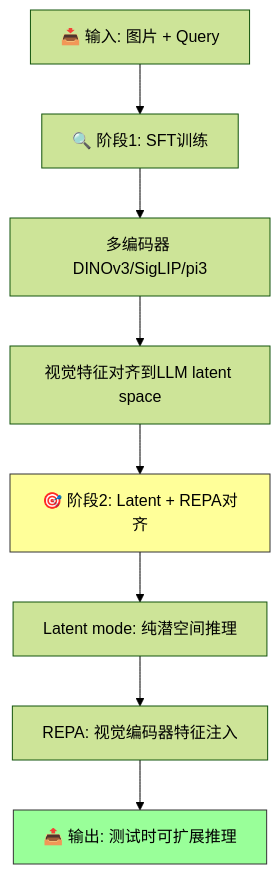
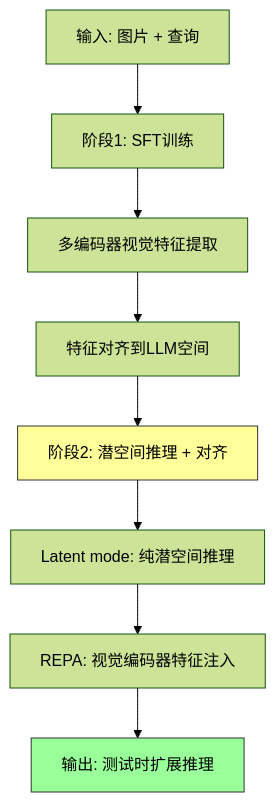
One commit to Haohaha-11/Paper-Reading-form-Eason changed the diagram in topics/VLM-Bottleneck-Analysis-and-Method-Design/grounding/[Arxiv 2026] Vision-aligned-Latent-Reasoning/README.md. Above: the diagram before and after it, drawn with Mermaid (forest theme). The commit also changed 5 other files, not shown here.

First line of the commit message:
fix: Mermaid 流程图文本精简，去除 LaTeX 公式

````diff
--- a/topics/VLM-Bottleneck-Analysis-and-Method-Design/grounding/[Arxiv 2026] Vision-aligned-Latent-Reasoning/README.md
+++ b/topics/VLM-Bottleneck-Analysis-and-Method-Design/grounding/[Arxiv 2026] Vision-aligned-Latent-Reasoning/README.md
@@ -62,12 +62,12 @@
 ```mermaid
 flowchart TD
-    A["📥 输入: 图片 + Query"] --> B["🔍 阶段1: SFT训练"]
-    B --> B1["多编码器 DINOv3/SigLIP/pi3"]
-    B1 --> B2["视觉特征对齐到LLM latent space"]
-    B2 --> C["🎯 阶段2: Latent + REPA对齐"]
+    A["输入: 图片 + 查询"] --> B["阶段1: SFT训练"]
+    B --> B1["多编码器视觉特征提取"]
+    B1 --> B2["特征对齐到LLM空间"]
+    B2 --> C["阶段2: 潜空间推理 + 对齐"]
     C --> C1["Latent mode: 纯潜空间推理"]
     C1 --> C2["REPA: 视觉编码器特征注入"]
-    C2 --> D["📤 输出: 测试时可扩展推理"]
+    C2 --> D["输出: 测试时扩展推理"]
     style C fill:#ff9,stroke:#333
     style D fill:#9f9,stroke:#333
 ```
````
